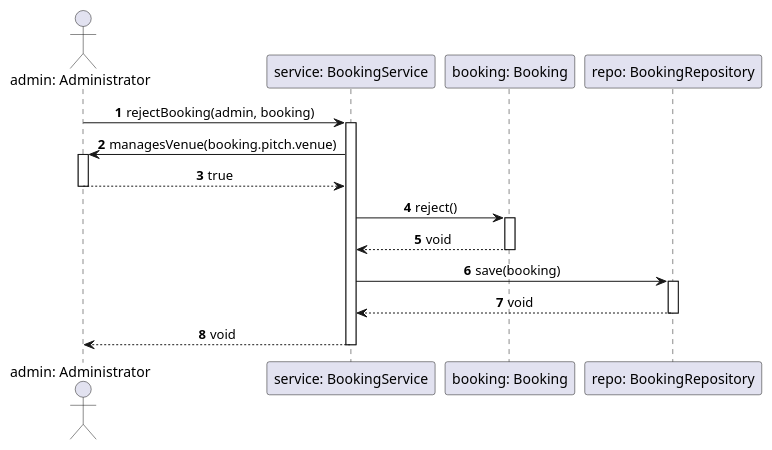
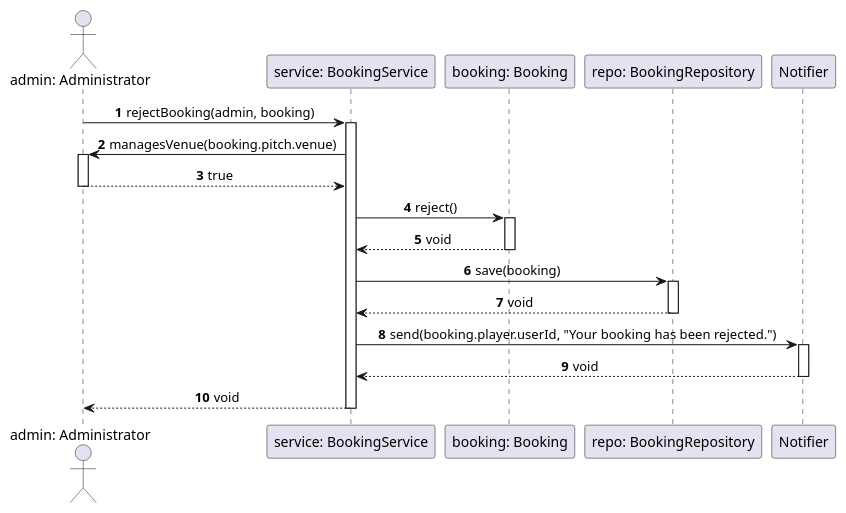
Before and after one commit to AnidMehmeti/KickSlot: the diagram in diagrams/RejectBooking.puml, drawn with PlantUML. The commit also changed 2 other files, not shown here.

```diff
--- a/diagrams/RejectBooking.puml
+++ b/diagrams/RejectBooking.puml
@@ -1,31 +1,36 @@
 @startuml
 autonumber
 skinparam SequenceMessageAlign center
 show footbox
 
 actor "admin: Administrator" as Admin
 participant "service: BookingService" as Service
 participant "booking: Booking" as Booking
 participant "repo: BookingRepository" as Repo
 
 Admin -> Service : rejectBooking(admin, booking)
 activate Service
 
 Service -> Admin : managesVenue(booking.pitch.venue)
 activate Admin
 Admin --> Service : true
 deactivate Admin
 
 Service -> Booking : reject()
 activate Booking
 Booking --> Service : void
 deactivate Booking
 
 Service -> Repo : save(booking)
 activate Repo
 Repo --> Service : void
 deactivate Repo
 
+Service -> Notifier : send(booking.player.userId, "Your booking has been rejected.")
+activate Notifier
+Notifier --> Service : void
+deactivate Notifier
+
 Service --> Admin : void
 deactivate Service
 @enduml
```
